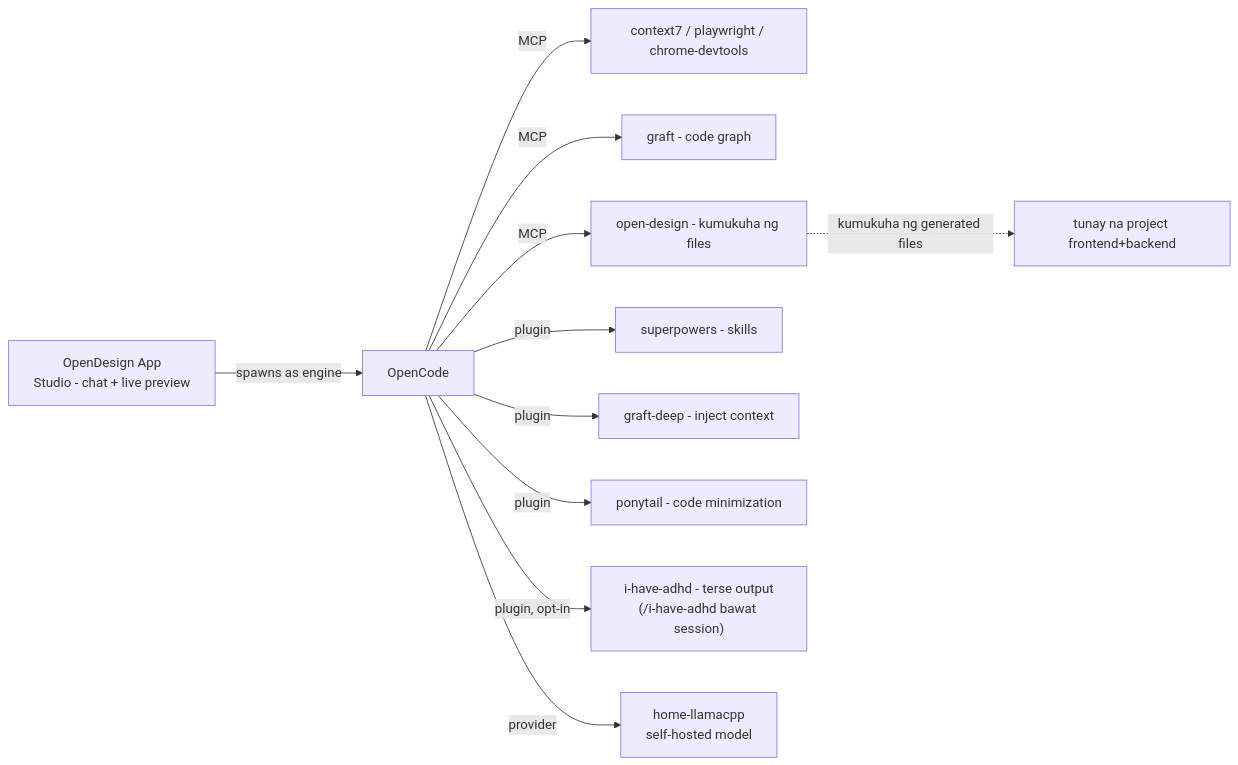
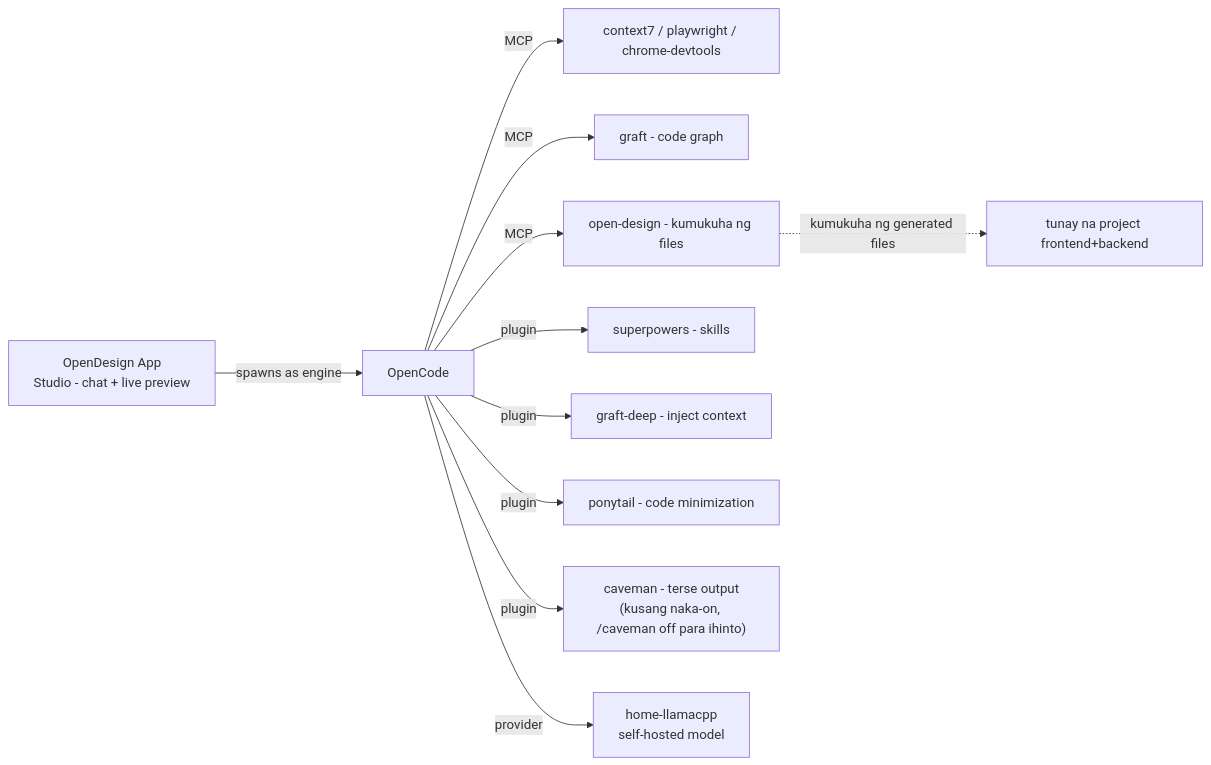
The second of 4 diagrams in fil/USER-MANUAL.md (adcident12/my-manual-opencode), drawn with Mermaid before and after one commit. The commit also changed other lines of this file and 47 other files, not shown here.

````diff
--- a/fil/USER-MANUAL.md
+++ b/fil/USER-MANUAL.md
@@ -30,13 +181,13 @@
 ```mermaid
 graph LR
     A[OpenDesign App<br/>Studio - chat + live preview] -->|spawns as engine| B[OpenCode]
     B -->|MCP| C[context7 / playwright / chrome-devtools]
     B -->|MCP| D[graft - code graph]
     B -->|MCP| E[open-design - kumukuha ng files]
     B -->|plugin| F[superpowers - skills]
     B -->|plugin| G[graft-deep - inject context]
     B -->|plugin| L[ponytail - code minimization]
-    B -->|plugin, opt-in| M["i-have-adhd - terse output<br/>(/i-have-adhd bawat session)"]
+    B -->|plugin| M["caveman - terse output<br/>(kusang naka-on, /caveman off para ihinto)"]
     B -->|provider| H[home-llamacpp<br/>self-hosted model]
     E -.->|kumukuha ng generated files| I[tunay na project frontend+backend]
 ```
````
